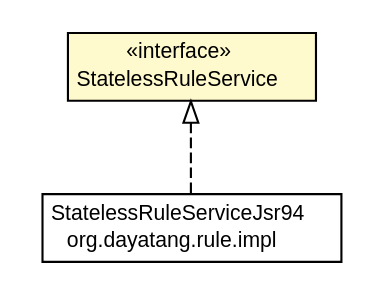
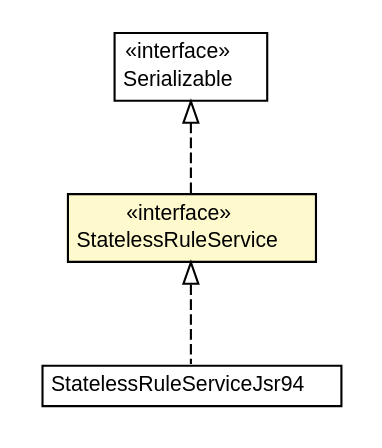
Before and after one commit to dayatang/dddlib: the diagram in dddlib-rule-engine/apidocs/org/dayatang/rule/StatelessRuleService.dot, drawn with Graphviz. The commit also changed 166 other files, not shown here.

```diff
--- a/dddlib-rule-engine/apidocs/org/dayatang/rule/StatelessRuleService.dot
+++ b/dddlib-rule-engine/apidocs/org/dayatang/rule/StatelessRuleService.dot
@@ -1,28 +1,36 @@
 #!/usr/local/bin/dot
 #
 # Class diagram 
 # Generated by UMLGraph version R5_6_6-8-g8d7759 (http://www.umlgraph.org/)
 #
 
 digraph G {
 	edge [fontname="Helvetica",fontsize=10,labelfontname="Helvetica",labelfontsize=10];
 	node [fontname="Helvetica",fontsize=10,shape=plaintext];
 	nodesep=0.25;
 	ranksep=0.5;
 	// org.dayatang.rule.impl.StatelessRuleServiceJsr94
-	c68 [label=<<table title="org.dayatang.rule.impl.StatelessRuleServiceJsr94" border="0" cellborder="1" cellspacing="0" cellpadding="2" port="p" href="./impl/StatelessRuleServiceJsr94.html">
+	c61 [label=<<table title="org.dayatang.rule.impl.StatelessRuleServiceJsr94" border="0" cellborder="1" cellspacing="0" cellpadding="2" port="p" href="./impl/StatelessRuleServiceJsr94.html">
 		<tr><td><table border="0" cellspacing="0" cellpadding="1">
 <tr><td align="center" balign="center"> StatelessRuleServiceJsr94 </td></tr>
-<tr><td align="center" balign="center"> org.dayatang.rule.impl </td></tr>
 		</table></td></tr>
 		</table>>, URL="./impl/StatelessRuleServiceJsr94.html", fontname="Helvetica", fontcolor="black", fontsize=10.0];
 	// org.dayatang.rule.StatelessRuleService
-	c71 [label=<<table title="org.dayatang.rule.StatelessRuleService" border="0" cellborder="1" cellspacing="0" cellpadding="2" port="p" bgcolor="lemonChiffon" href="./StatelessRuleService.html">
+	c64 [label=<<table title="org.dayatang.rule.StatelessRuleService" border="0" cellborder="1" cellspacing="0" cellpadding="2" port="p" bgcolor="lemonChiffon" href="./StatelessRuleService.html">
 		<tr><td><table border="0" cellspacing="0" cellpadding="1">
 <tr><td align="center" balign="center"> &#171;interface&#187; </td></tr>
 <tr><td align="center" balign="center"> StatelessRuleService </td></tr>
 		</table></td></tr>
 		</table>>, URL="./StatelessRuleService.html", fontname="Helvetica", fontcolor="black", fontsize=10.0];
 	//org.dayatang.rule.impl.StatelessRuleServiceJsr94 implements org.dayatang.rule.StatelessRuleService
-	c71:p -> c68:p [dir=back,arrowtail=empty,style=dashed];
+	c64:p -> c61:p [dir=back,arrowtail=empty,style=dashed];
+	//org.dayatang.rule.StatelessRuleService implements java.io.Serializable
+	c69:p -> c64:p [dir=back,arrowtail=empty,style=dashed];
+	// java.io.Serializable
+	c69 [label=<<table title="java.io.Serializable" border="0" cellborder="1" cellspacing="0" cellpadding="2" port="p" href="http://download.oracle.com/javase/7/docs/api/java/io/Serializable.html">
+		<tr><td><table border="0" cellspacing="0" cellpadding="1">
+<tr><td align="center" balign="center"> &#171;interface&#187; </td></tr>
+<tr><td align="center" balign="center"> Serializable </td></tr>
+		</table></td></tr>
+		</table>>, URL="http://download.oracle.com/javase/7/docs/api/java/io/Serializable.html", fontname="Helvetica", fontcolor="black", fontsize=10.0];
 }
```
